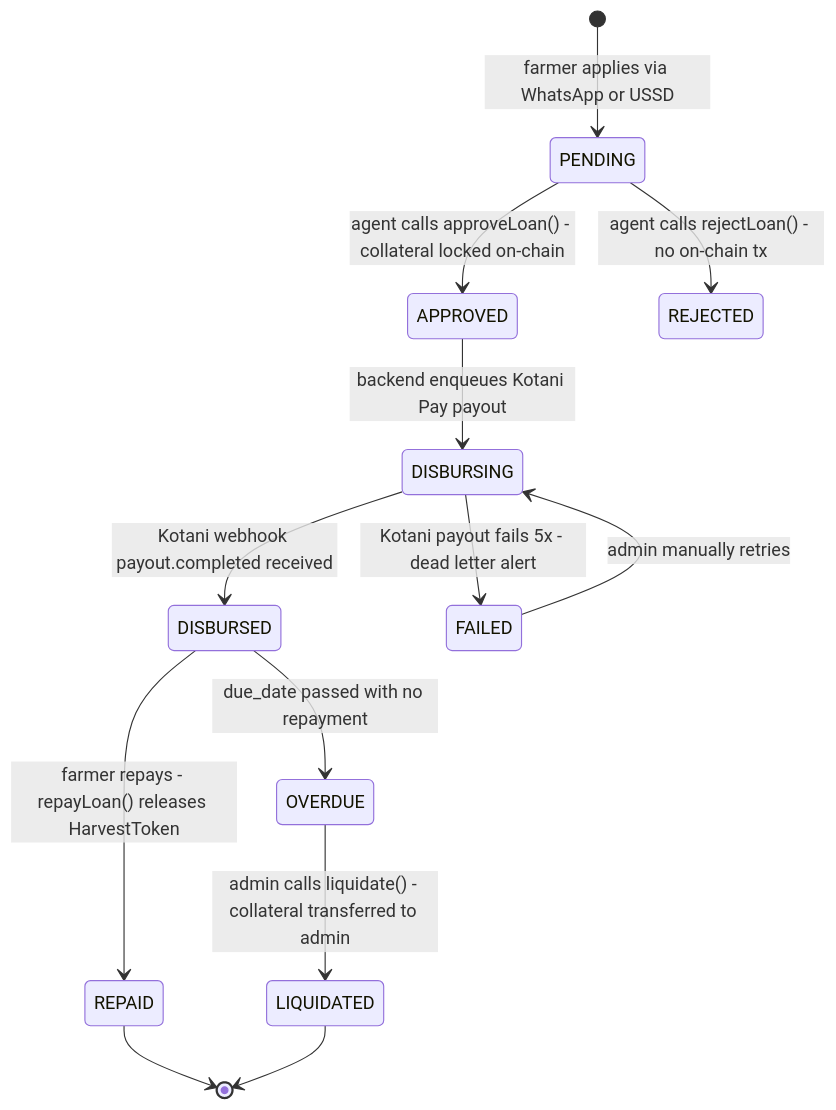
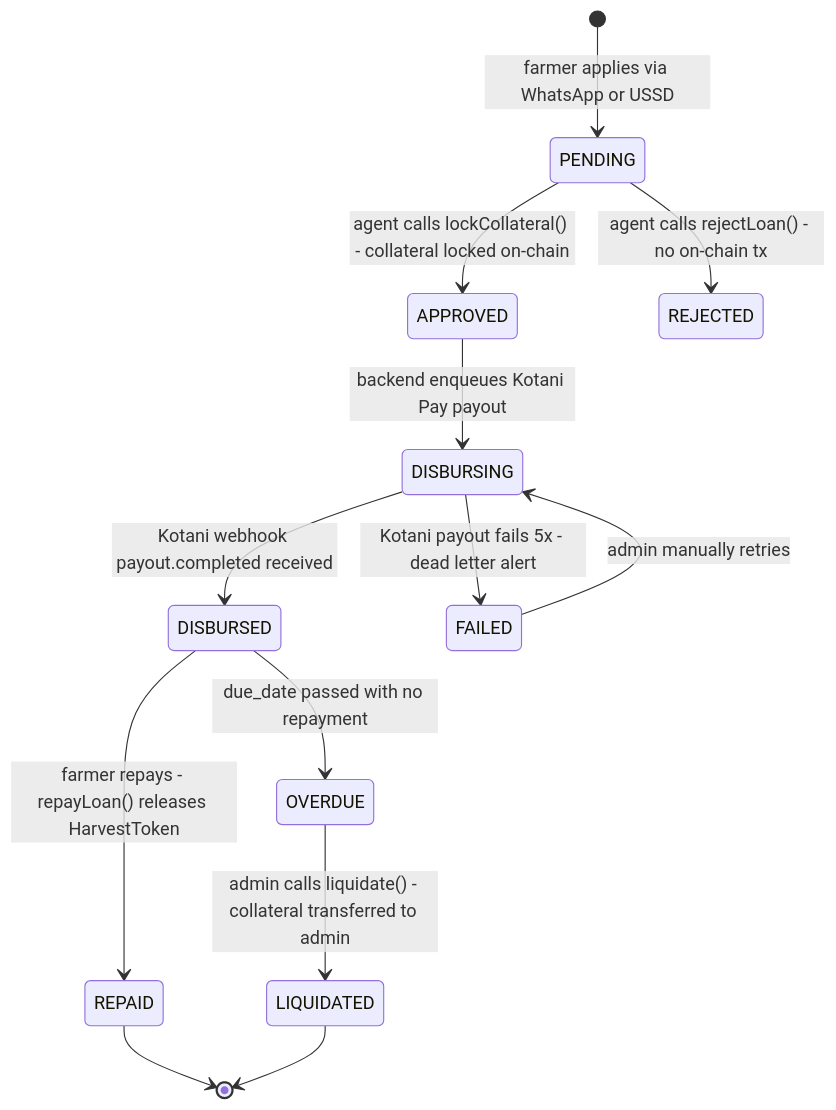
Before and after one commit to BikkoFarms/bikkofarms-platform: the fourth of 6 diagrams in bikkofarms-contracts/ARCHITECTURE.md, drawn with Mermaid. The commit also changed other lines of this file, not shown here.

Commit message:
docs: align contract role and state transition diagrams with lockCollateral rename

````diff
--- a/bikkofarms-contracts/ARCHITECTURE.md
+++ b/bikkofarms-contracts/ARCHITECTURE.md
@@ -138,15 +138,15 @@
 ```mermaid
 stateDiagram-v2
     [*] --> PENDING: farmer applies via WhatsApp or USSD
-    PENDING --> APPROVED: agent calls approveLoan() - collateral locked on-chain
+    PENDING --> APPROVED: agent calls lockCollateral() - collateral locked on-chain
     PENDING --> REJECTED: agent calls rejectLoan() - no on-chain tx
     APPROVED --> DISBURSING: backend enqueues Kotani Pay payout
     DISBURSING --> DISBURSED: Kotani webhook payout.completed received
     DISBURSED --> REPAID: farmer repays - repayLoan() releases HarvestToken
     DISBURSED --> OVERDUE: due_date passed with no repayment
     OVERDUE --> LIQUIDATED: admin calls liquidate() - collateral transferred to admin
     DISBURSING --> FAILED: Kotani payout fails 5x - dead letter alert
     FAILED --> DISBURSING: admin manually retries
     REPAID --> [*]
     LIQUIDATED --> [*]
 ```
````
